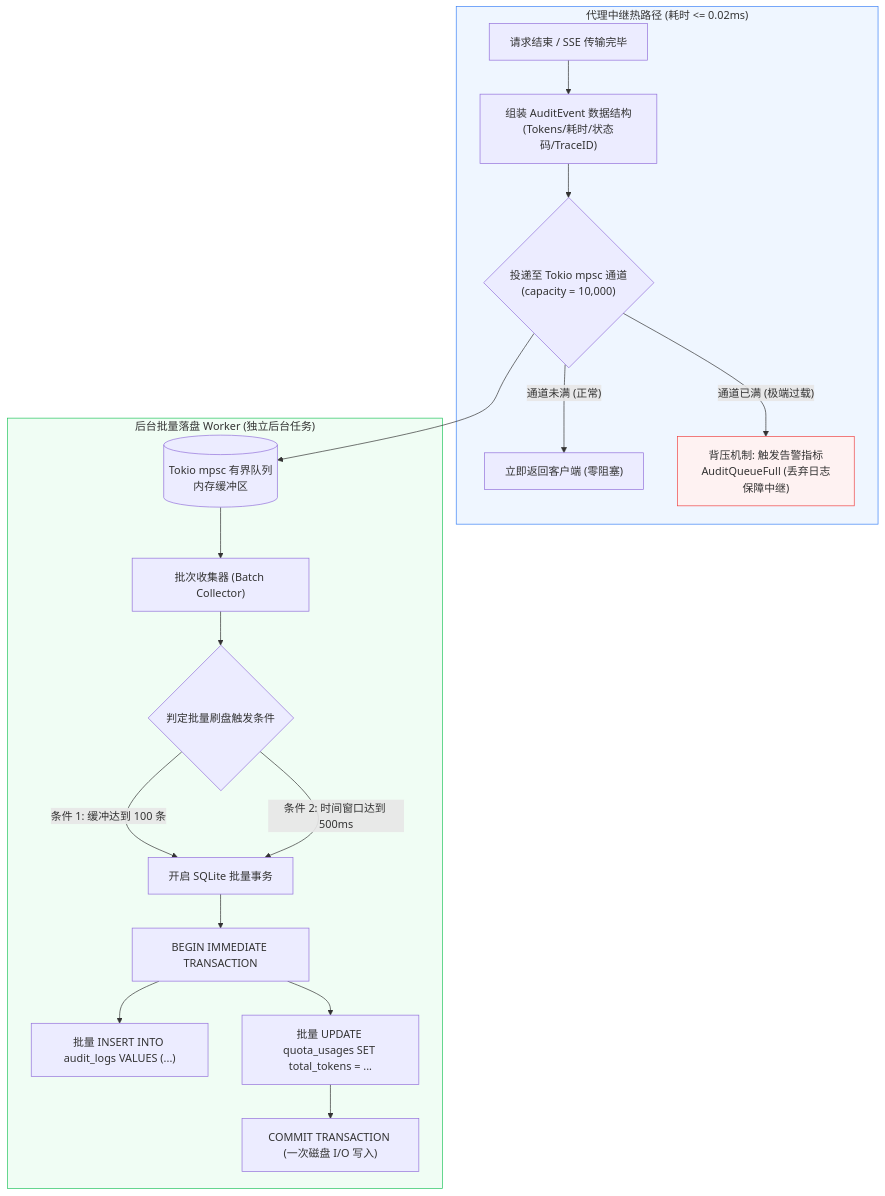
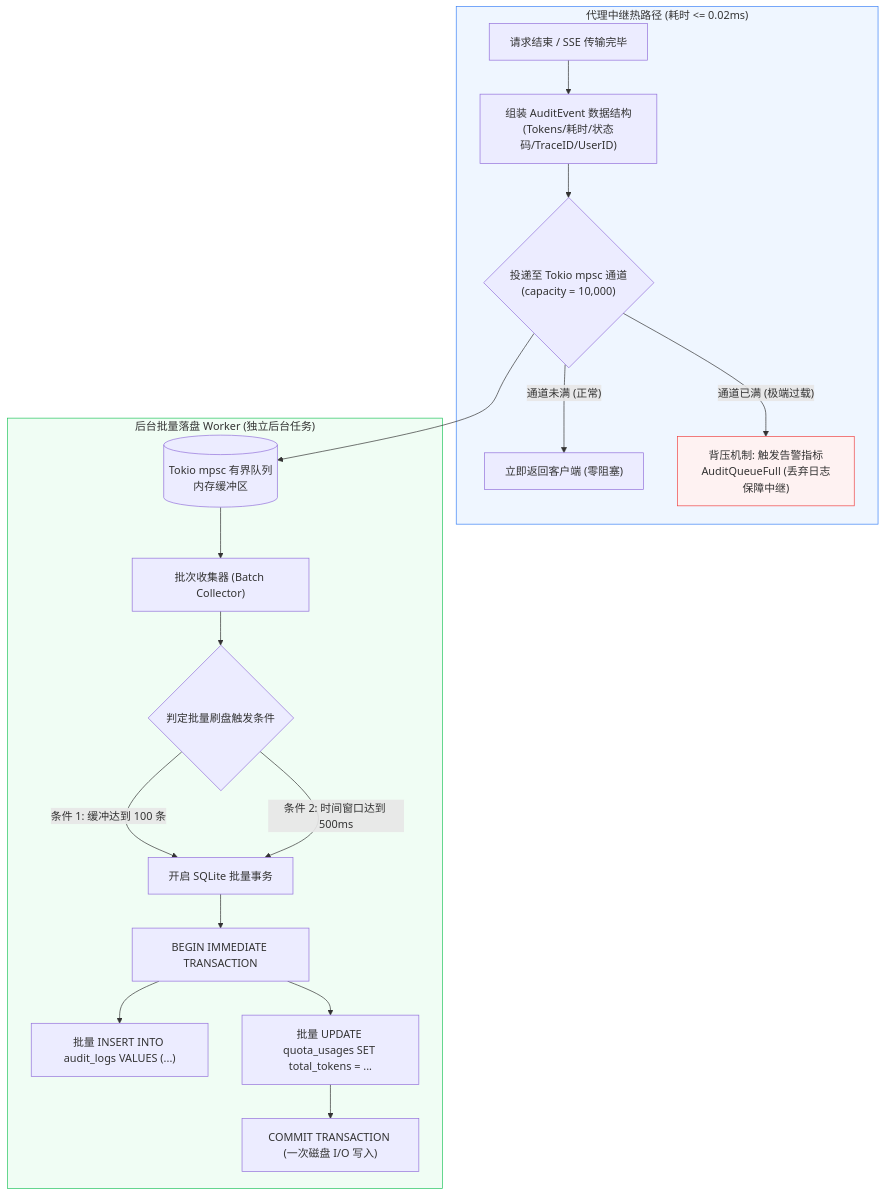
Before and after one commit to fugui/rs-gate: the fourth of 4 diagrams in docs/02-design/04-limiting-and-audit.md, drawn with Mermaid. The commit also changed other lines of this file and 2 other files, not shown here.

Commit message:
docs(design): enhance user RBAC context, claims, and query plan verifications

````diff
--- a/docs/02-design/04-limiting-and-audit.md
+++ b/docs/02-design/04-limiting-and-audit.md
@@ -271,26 +271,26 @@
 ```mermaid
 graph TD
     subgraph ProxyPath["代理中继热路径 (耗时 <= 0.02ms)"]
-        ReqFinish["请求结束 / SSE 传输完毕"] --> MakeEvent["组装 AuditEvent 数据结构<br>(Tokens/耗时/状态码/TraceID)"]
+        ReqFinish["请求结束 / SSE 传输完毕"] --> MakeEvent["组装 AuditEvent 数据结构<br>(Tokens/耗时/状态码/TraceID/UserID)"]
         MakeEvent --> TrySend{"投递至 Tokio mpsc 通道<br>(capacity = 10,000)"}
         TrySend -->|"通道未满 (正常)"| QuickReturn["立即返回客户端 (零阻塞)"]
         TrySend -->|"通道已满 (极端过载)"| Backpressure["背压机制: 触发告警指标<br>AuditQueueFull (丢弃日志保障中继)"]
     end
 
     subgraph BackgroundWorker["后台批量落盘 Worker (独立后台任务)"]
         TrySend --> EventQueue[("Tokio mpsc 有界队列<br>内存缓冲区")]
         EventQueue --> BatchCollector["批次收集器 (Batch Collector)"]
         BatchCollector --> TriggerCondition{"判定批量刷盘触发条件"}
         TriggerCondition -->|"条件 1: 缓冲达到 100 条"| FlushDB["开启 SQLite 批量事务"]
         TriggerCondition -->|"条件 2: 时间窗口达到 500ms"| FlushDB
         
         FlushDB --> SqliteTrans["BEGIN IMMEDIATE TRANSACTION"]
         SqliteTrans --> BulkInsert["批量 INSERT INTO audit_logs VALUES (...)"]
         SqliteTrans --> BulkQuota["批量 UPDATE quota_usages SET total_tokens = ..."]
         BulkQuota --> Commit["COMMIT TRANSACTION (一次磁盘 I/O 写入)"]
     end
 
     style ProxyPath fill:#eff6ff,stroke:#3b82f6
     style BackgroundWorker fill:#f0fdf4,stroke:#22c55e
     style Backpressure fill:#fef2f2,stroke:#ef4444
 ```
````
